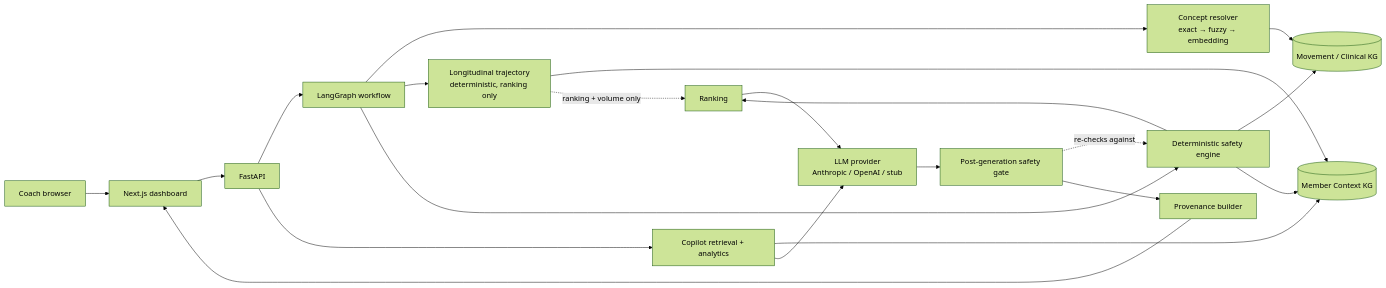
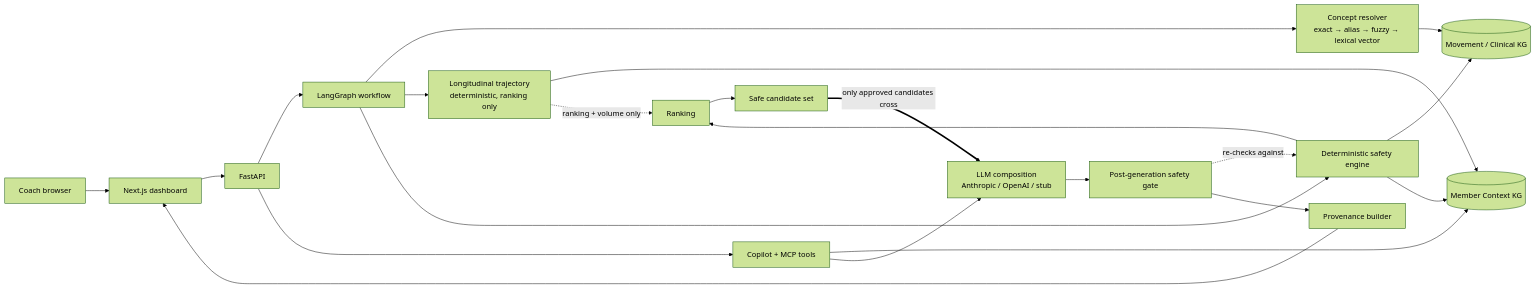
One commit to sohailataiml/AIPersonalizedCoach changed the first of 2 diagrams in README.md. Above: the diagram before and after it, drawn with Mermaid (forest theme). The commit also changed other lines of this file and 2 other files, not shown here.

First line of the commit message:
docs: reconcile README and ARCHITECTURE to the deployed system

````diff
--- a/README.md
+++ b/README.md
@@ -144,30 +229,33 @@
 ```mermaid
 flowchart LR
     Coach[Coach browser]
     UI[Next.js dashboard]
     API[FastAPI]
     ORCH[LangGraph workflow]
-    RES[Concept resolver<br/>exact → fuzzy → embedding]
+    RES[Concept resolver<br/>exact → alias → fuzzy → lexical vector]
     LONG[Longitudinal trajectory<br/>deterministic, ranking only]
     SAFE[Deterministic safety engine]
     RANK[Ranking]
-    LLM[LLM provider<br/>Anthropic / OpenAI / stub]
+    SAFESET[Safe candidate set]
+    LLM[LLM composition<br/>Anthropic / OpenAI / stub]
     GATE[Post-generation safety gate]
     PROV[Provenance builder]
-    COP[Copilot retrieval + analytics]
+    COP[Copilot + MCP tools]
     KG1[(Movement / Clinical KG)]
     KG2[(Member Context KG)]
 
     Coach --> UI --> API --> ORCH
     ORCH --> RES --> KG1
     ORCH --> LONG --> KG2
     ORCH --> SAFE
     SAFE --> KG1
     SAFE --> KG2
-    SAFE --> RANK --> LLM --> GATE
+    SAFE --> RANK --> SAFESET
+    SAFESET ==>|only approved candidates cross| LLM
+    LLM --> GATE
     LONG -.->|ranking + volume only| RANK
     GATE -.->|re-checks against| SAFE
     GATE --> PROV --> UI
     API --> COP --> KG2
     COP --> LLM
 ```
````
